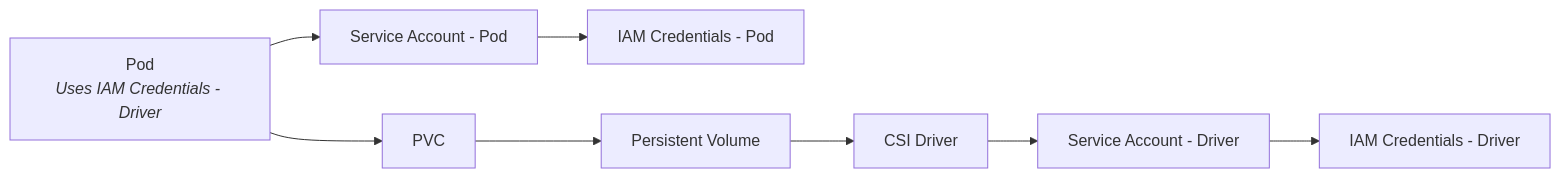
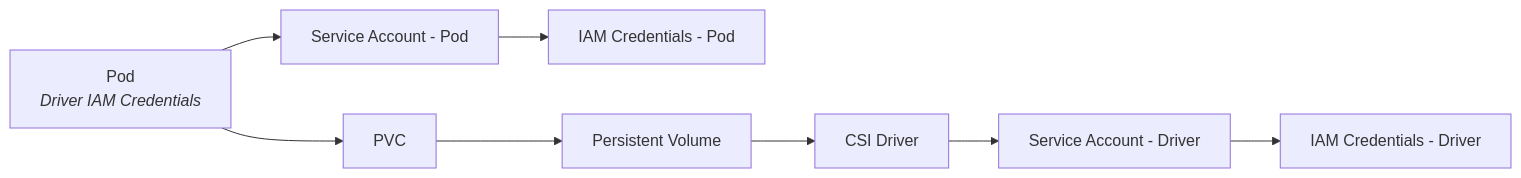
One commit to awslabs/mountpoint-s3-csi-driver changed the first of 2 diagrams in docs/CONFIGURATION.md. Above: the diagram before and after it, drawn with Mermaid. The commit also changed other lines of this file, not shown here.

Commit message:
Fix mermaid rendering for driver level credentials

````diff
--- a/docs/CONFIGURATION.md
+++ b/docs/CONFIGURATION.md
@@ -22,28 +22,28 @@
 ```mermaid
 graph LR;
     CSI[CSI Driver]
 
     P["`Pod
-    *Uses IAM Credentials - Driver*`"]
+    *Driver IAM Credentials*`"]
 
     SA_D[Service Account - Driver]
     SA_P[Service Account - Pod]
 
     IAM_D[IAM Credentials - Driver]
     IAM_P[IAM Credentials - Pod]
 
     PV[Persistent Volume]
     PVC[PVC]
 
     P --> PVC
 
     PVC --> PV
 
     PV --> CSI
 
     CSI --> SA_D
     P --> SA_P
 
     SA_D --> IAM_D
     SA_P --> IAM_P
 ```
````
